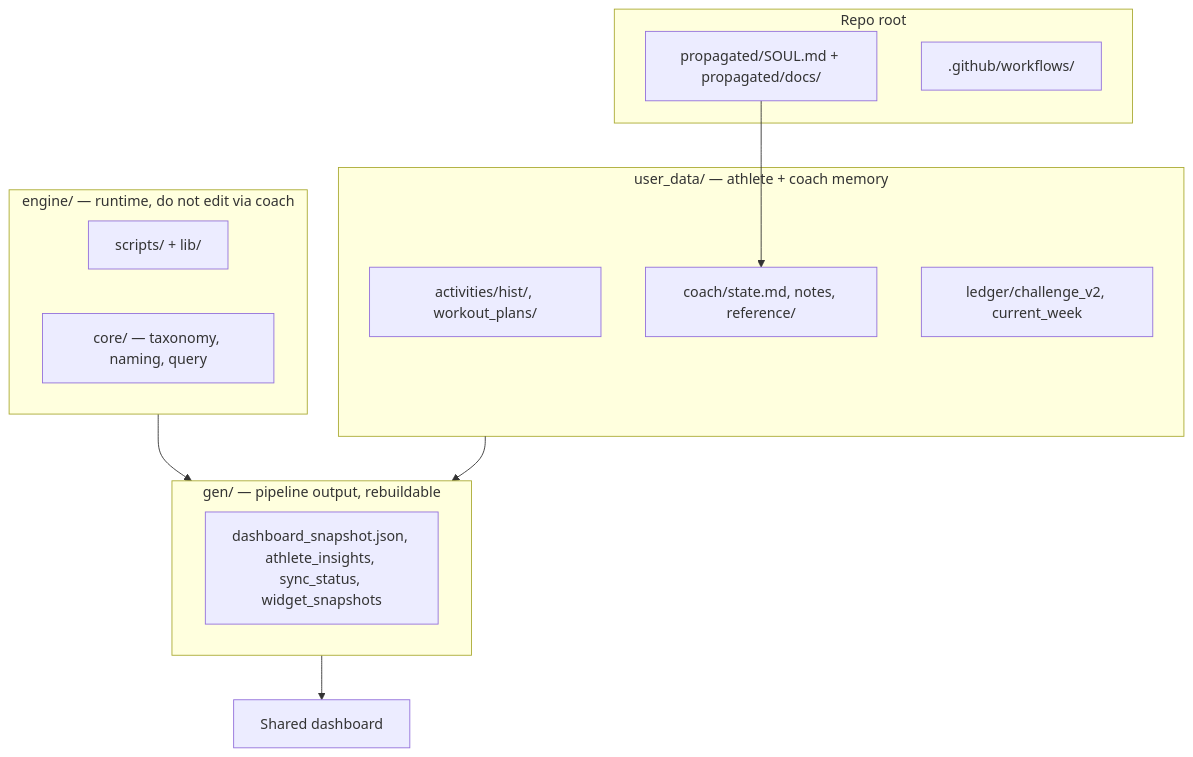
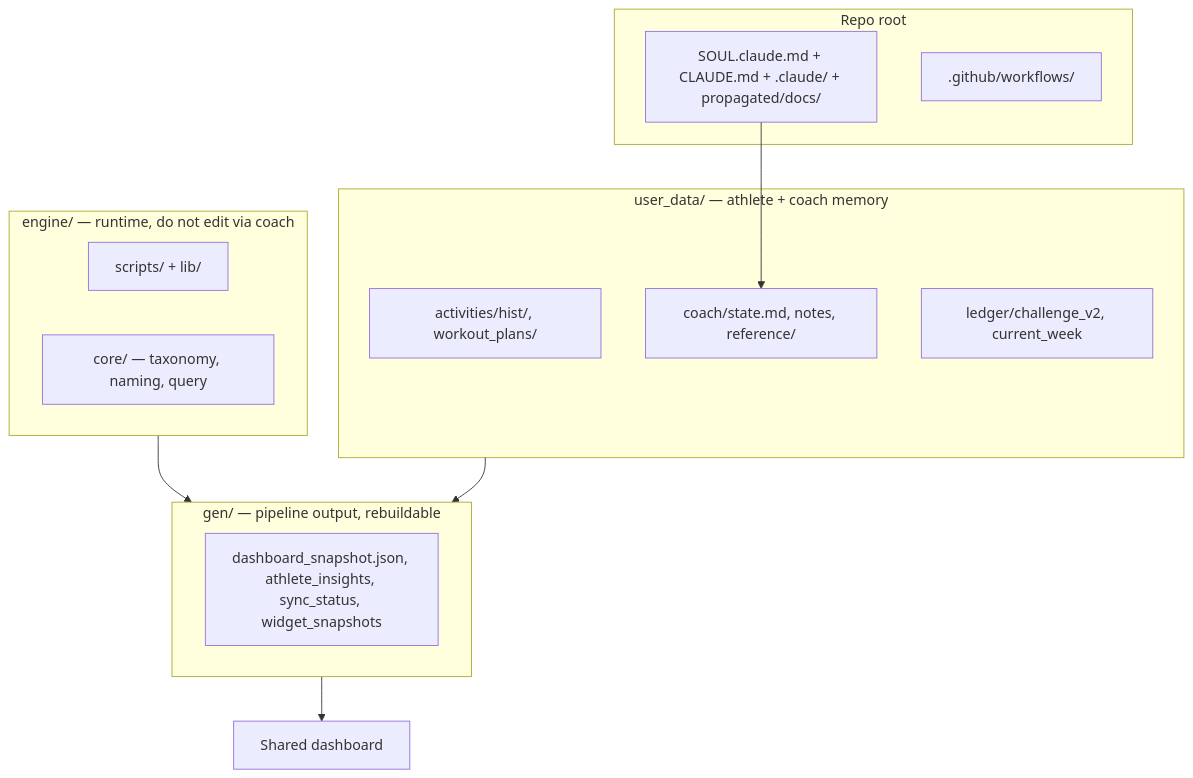
Before and after one commit to sibling-shipyard/coach-hq: the first of 2 diagrams in docs/eng-docs/skeleton-layout.md, drawn with Mermaid. The commit also changed other lines of this file and 14 other files, not shown here.

````diff
--- a/docs/eng-docs/skeleton-layout.md
+++ b/docs/eng-docs/skeleton-layout.md
@@ -25,23 +25,23 @@
 ```mermaid
 flowchart TB
   subgraph root["Repo root"]
-    soul["propagated/SOUL.md + propagated/docs/"]
+    soul["SOUL.claude.md + CLAUDE.md + .claude/ + propagated/docs/"]
     gh[".github/workflows/"]
   end
   subgraph engine["engine/ — runtime, do not edit via coach"]
     scripts["scripts/ + lib/"]
     core["core/ — taxonomy, naming, query"]
   end
   subgraph gen["gen/ — pipeline output, rebuildable"]
     agg["dashboard_snapshot.json, athlete_insights, sync_status, widget_snapshots"]
   end
   subgraph ud["user_data/ — athlete + coach memory"]
     act["activities/hist/, workout_plans/"]
     coach["coach/state.md, notes, reference/"]
     ledger["ledger/challenge_v2, current_week"]
   end
   soul --> coach
   engine --> gen
   ud --> gen
   gen --> dash["Shared dashboard"]
 ```
````
